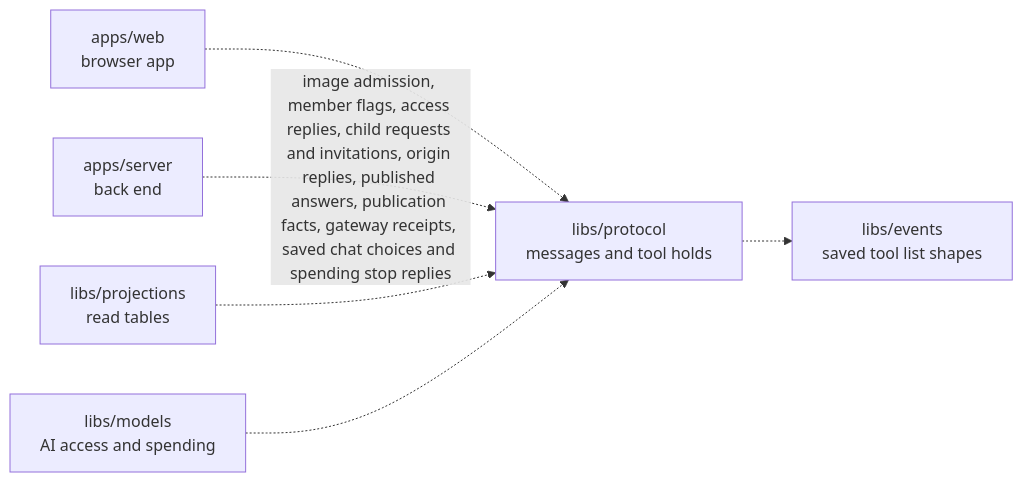
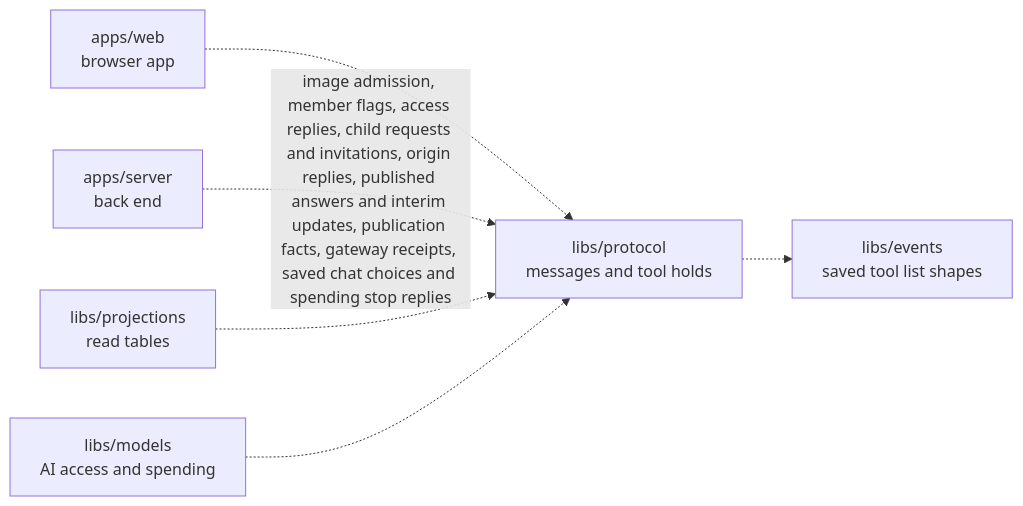
The diagram in libs/protocol/README.md (elewa-git/opencrane-new), drawn with Mermaid before and after one commit. The commit also changed other lines of this file and 12 other files, not shown here.

Commit message:
💬 Publish reviewed interim child text to its immediate parent

````diff
--- a/libs/protocol/README.md
+++ b/libs/protocol/README.md
@@ -11,8 +11,8 @@
 ```mermaid
 flowchart LR
   web["apps/web<br/>browser app"] -.-> protocol["libs/protocol<br/>messages and tool holds"]
-  server["apps/server<br/>back end"] -.->|image admission, member flags, access replies, child requests and invitations, origin replies, published answers, publication facts, gateway receipts, saved chat choices and spending stop replies| protocol
+  server["apps/server<br/>back end"] -.->|image admission, member flags, access replies, child requests and invitations, origin replies, published answers and interim updates, publication facts, gateway receipts, saved chat choices and spending stop replies| protocol
   projections["libs/projections<br/>read tables"] -.-> protocol
   models["libs/models<br/>AI access and spending"] -.-> protocol
   protocol -.-> events["libs/events<br/>saved tool list shapes"]
 ```
````
